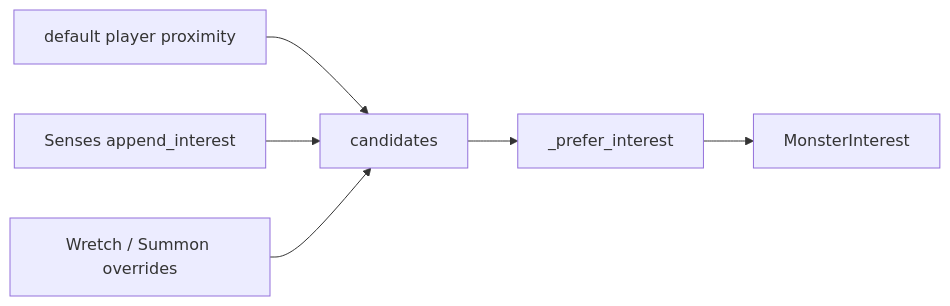
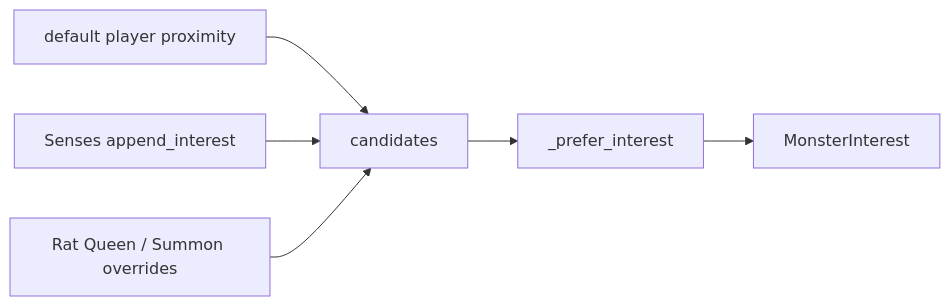
One commit to Armando-Garcia/friend-slop changed the third of 7 diagrams in docs/monsters/README.md. Above: the diagram before and after it, drawn with Mermaid. The commit also changed other lines of this file and 23 other files, not shown here.

First line of the commit message:
Rename monster display names to Rat Queen, Ice Caster, Ember Caster, and Queen's Rat Summon.

````diff
--- a/docs/monsters/README.md
+++ b/docs/monsters/README.md
@@ -134,8 +134,8 @@
 ```mermaid
 flowchart LR
   defaultProx["default player proximity"] --> candidates
   senses["Senses append_interest"] --> candidates
-  overrides["Wretch / Summon overrides"] --> candidates
+  overrides["Rat Queen / Summon overrides"] --> candidates
   candidates --> prefer["_prefer_interest"]
   prefer --> interest["MonsterInterest"]
 ```
````
